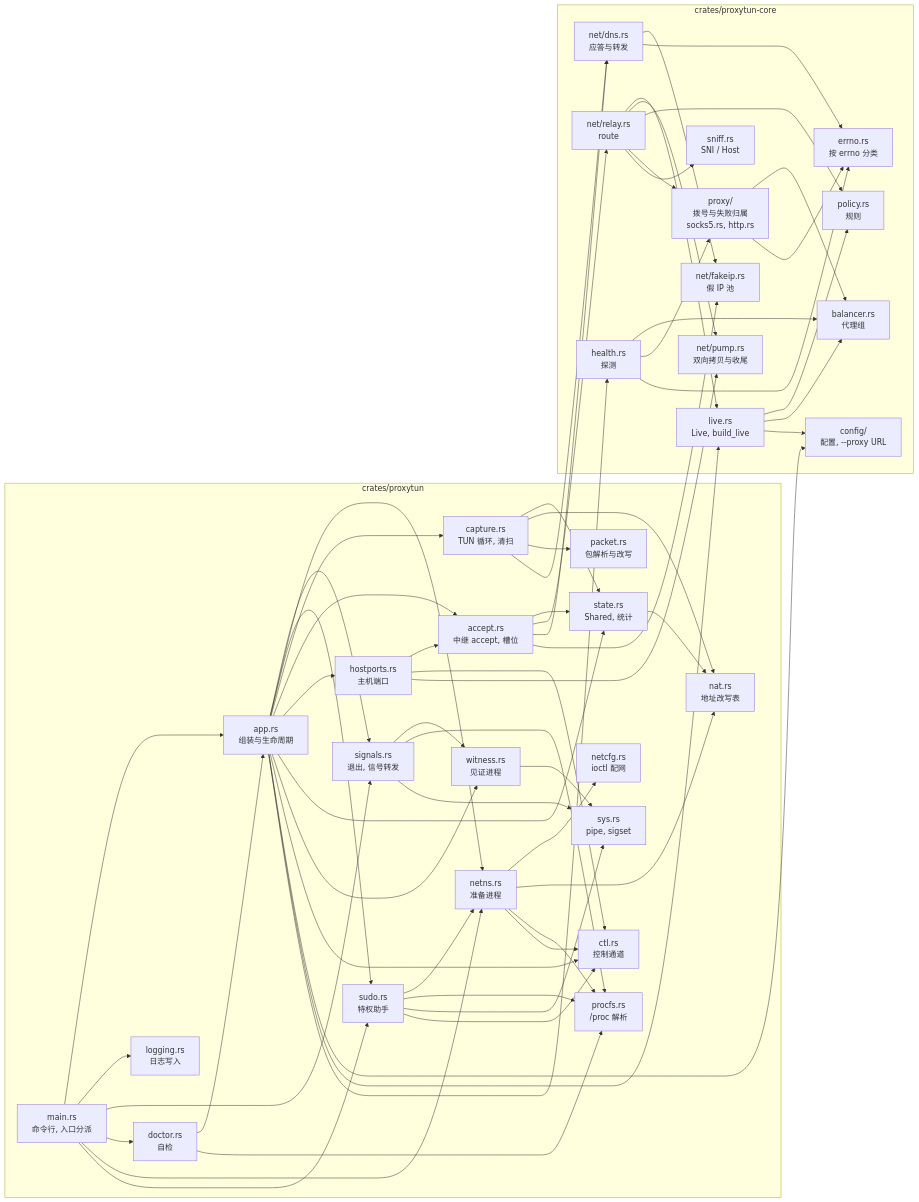
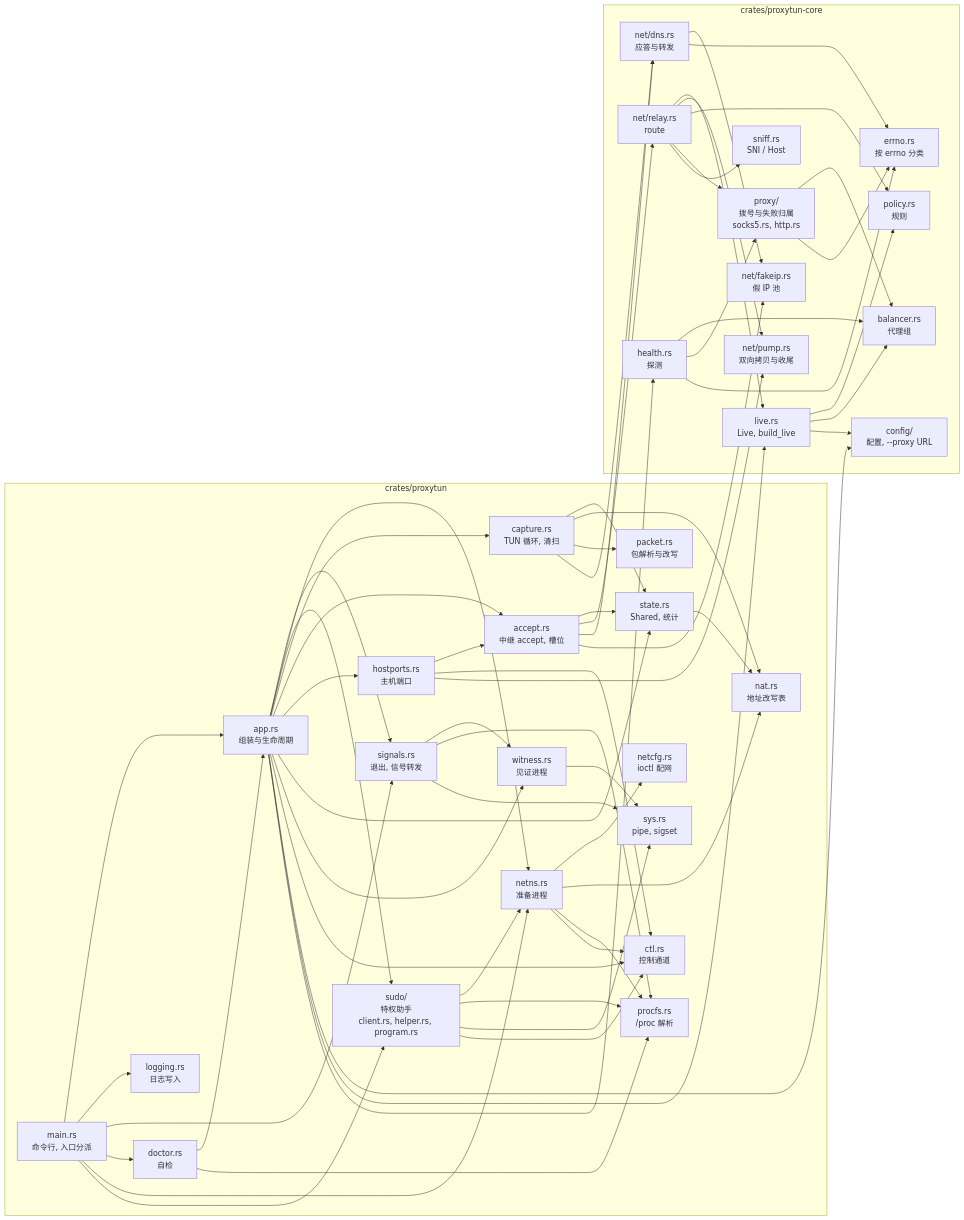
Before and after one commit to moonshawdo/proxytun: the diagram in docs/architecture/modules.md, drawn with Mermaid. The commit also changed other lines of this file and 5 other files, not shown here.

````diff
--- a/docs/architecture/modules.md
+++ b/docs/architecture/modules.md
@@ -14,78 +14,78 @@
 ```mermaid
 flowchart LR
     subgraph BIN["crates/proxytun"]
         MAIN["main.rs<br/>命令行, 入口分派"] --> APP["app.rs<br/>组装与生命周期"]
         MAIN --> LOG["logging.rs<br/>日志写入"]
         MAIN --> SIG["signals.rs<br/>退出, 信号转发"]
         APP --> SIG
         APP --> NETNS["netns.rs<br/>准备进程"]
-        APP --> SUDO["sudo.rs<br/>特权助手"]
+        APP --> SUDO["sudo/<br/>特权助手<br/>client.rs, helper.rs, program.rs"]
         APP --> CAP["capture.rs<br/>TUN 循环, 清扫"]
         APP --> ACC["accept.rs<br/>中继 accept, 槽位"]
         APP --> HP["hostports.rs<br/>主机端口"]
         APP --> STATE["state.rs<br/>Shared, 统计"]
         APP --> WIT["witness.rs<br/>见证进程"]
         SIG --> WIT
         MAIN --> DOC["doctor.rs<br/>自检"]
         DOC --> APP
         NETNS --> NETCFG["netcfg.rs<br/>ioctl 配网"]
         SUDO --> NETNS
         CAP --> STATE
         ACC --> STATE
         HP --> ACC
         CAP --> NAT["nat.rs<br/>地址改写表"]
         STATE --> NAT
         NETNS --> NAT
         CAP --> PKT["packet.rs<br/>包解析与改写"]
         SIG --> PFS["procfs.rs<br/>/proc 解析"]
         SUDO --> PFS
         NETNS --> PFS
         DOC --> PFS
         SIG --> SYS["sys.rs<br/>pipe, sigset"]
         SUDO --> SYS
         WIT --> SYS
         APP --> CTL["ctl.rs<br/>控制通道"]
         NETNS --> CTL
         SUDO --> CTL
         HP --> CTL
     end
     subgraph CORE["crates/proxytun-core"]
         RELAY["net/relay.rs<br/>route"]
         PUMP["net/pump.rs<br/>双向拷贝与收尾"]
         LIVE["live.rs<br/>Live, build_live"]
         DNS["net/dns.rs<br/>应答与转发"]
         FAKE["net/fakeip.rs<br/>假 IP 池"]
         POL["policy.rs<br/>规则"]
         BAL["balancer.rs<br/>代理组"]
         PRX["proxy/<br/>拨号与失败归属<br/>socks5.rs, http.rs"]
         HEA["health.rs<br/>探测"]
         SNF["sniff.rs<br/>SNI / Host"]
         CFG["config/<br/>配置, --proxy URL"]
         ERR["errno.rs<br/>按 errno 分类"]
     end
     ACC --> RELAY
     ACC --> DNS
     CAP --> DNS
     HP --> PUMP
     DNS --> FAKE
     RELAY --> LIVE
     RELAY --> PUMP
     RELAY --> POL
     RELAY --> PRX
     RELAY --> SNF
     LIVE --> POL
     LIVE --> BAL
     LIVE --> CFG
     PRX --> BAL
     HEA --> BAL
     HEA --> PRX
     PRX --> ERR
     HEA --> ERR
     DNS --> ERR
     ACC --> FAKE
     MAIN --> NETNS
     MAIN --> SUDO
     APP --> CFG
     APP --> LIVE
     APP --> HEA
 ```
````
